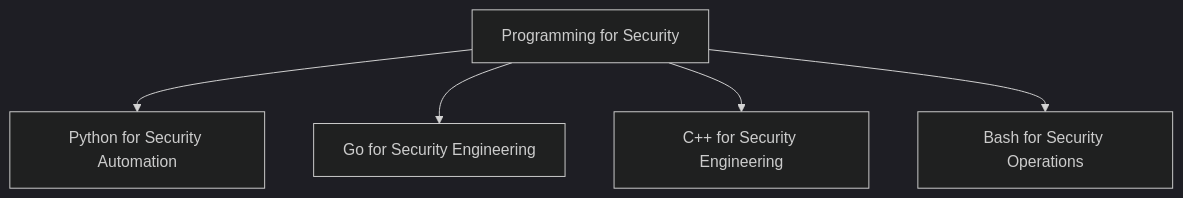
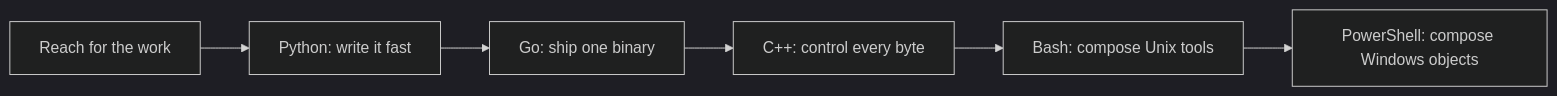
Before and after one commit to nnr-root/cybersec-crook2root-notes: the diagram in Tooling & Scripting/Programming for Security/Programming for Security.md, drawn with Mermaid (dark theme). The commit also changed other lines of this file and 5 other files, not shown here.

First line of the commit message:
Phase 3: Programming for Security, and four claims that were finally run

````diff
--- a/Tooling & Scripting/Programming for Security/Programming for Security.md
+++ b/Tooling & Scripting/Programming for Security/Programming for Security.md
@@ -17,7 +17,8 @@
 ```mermaid
-flowchart TD
-    P["Programming for Security"] --> PY["Python for Security Automation"]
-    P --> GO["Go for Security Engineering"]
-    P --> CPP["C++ for Security Engineering"]
-    P --> SH["Bash for Security Operations"]
+flowchart LR
+    R["Reach for the work"] --> PY["Python: write it fast"]
+    PY --> GO["Go: ship one binary"]
+    GO --> CPP["C++: control every byte"]
+    CPP --> SH["Bash: compose Unix tools"]
+    SH --> PS["PowerShell: compose Windows objects"]
 ```
````
